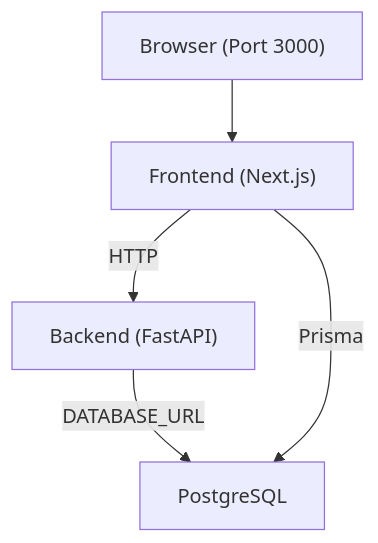
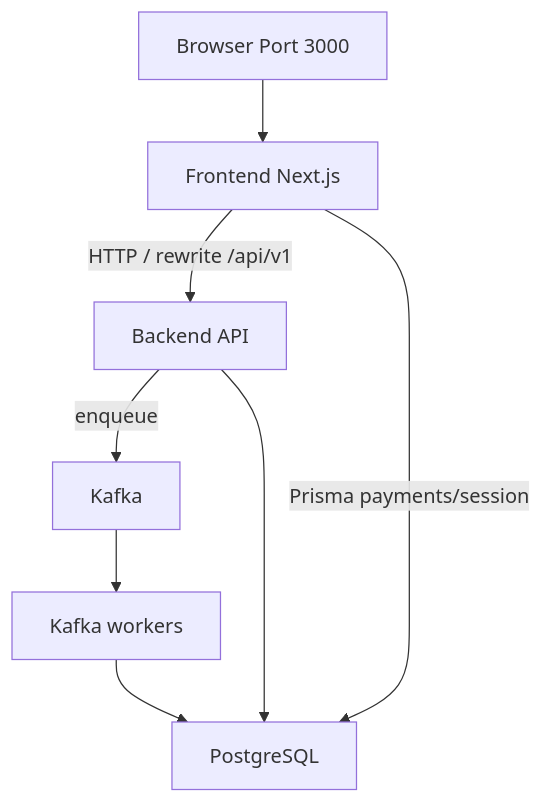
One commit to tashifkhan/tashif.codes changed the second of 8 diagrams in src/data/docs/talentsync/Getting Started.md. Above: the diagram before and after it, drawn with Mermaid. The commit also changed other lines of this file and 2128 other files, not shown here.

First line of the commit message:
docs: replace raster diagram images with native Mermaid across project guides

````diff
--- a/src/data/docs/talentsync/Getting Started.md
+++ b/src/data/docs/talentsync/Getting Started.md
@@ -68,11 +86,16 @@
 ```mermaid
 graph TB
-Client["Browser (Port 3000)"]
-FE["Frontend (Next.js)"]
-BE["Backend (FastAPI)"]
+Client["Browser Port 3000"]
+FE["Frontend Next.js"]
+BE["Backend API"]
+W["Kafka workers"]
+K["Kafka"]
 DB["PostgreSQL"]
 Client --> FE
-FE --> |HTTP| BE
-BE --> |DATABASE_URL| DB
-FE --> |Prisma| DB
+FE --> |HTTP / rewrite /api/v1| BE
+BE --> |enqueue| K
+K --> W
+W --> DB
+BE --> DB
+FE --> |Prisma payments/session| DB
 ```
````
